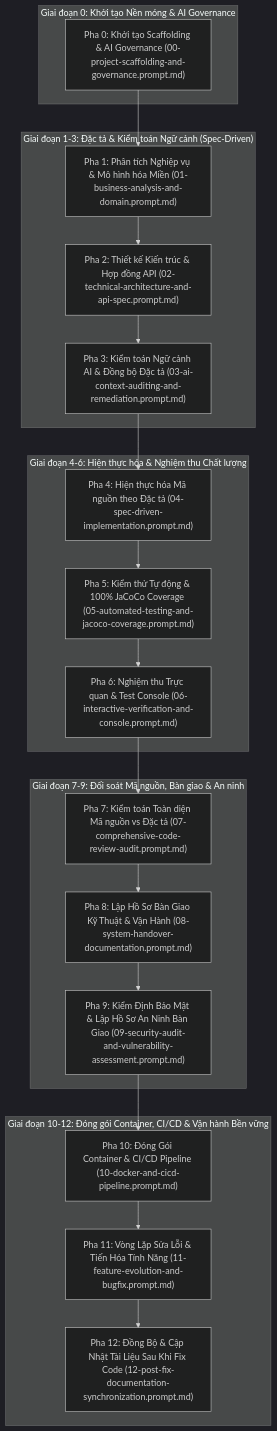
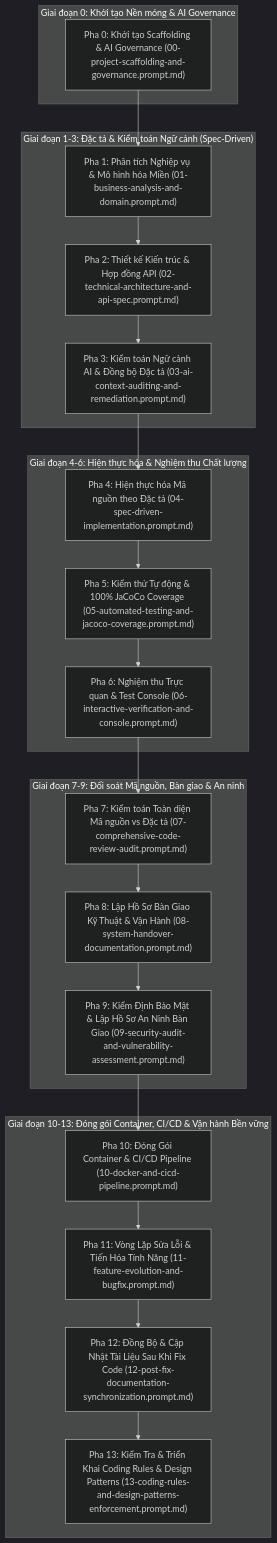
One commit to duongbaphuc/ai-native-oms-api changed the diagram in docs/prompt/01-sdlc-playbook/00-MASTER-AI-NATIVE-SDLC-PLAYBOOK.md. Above: the diagram before and after it, drawn with Mermaid (dark theme). The commit also changed other lines of this file and 4 other files, not shown here.

Commit message:
feat(prompt): add Phase 13 prompt to check and enforce Oracle coding rules and design patterns

````diff
--- a/docs/prompt/01-sdlc-playbook/00-MASTER-AI-NATIVE-SDLC-PLAYBOOK.md
+++ b/docs/prompt/01-sdlc-playbook/00-MASTER-AI-NATIVE-SDLC-PLAYBOOK.md
@@ -9,30 +9,31 @@
 ```mermaid
 graph TD
     subgraph "Giai đoạn 0: Khởi tạo Nền móng & AI Governance"
         P0["Pha 0: Khởi tạo Scaffolding & AI Governance (00-project-scaffolding-and-governance.prompt.md)"]
     end
 
     subgraph "Giai đoạn 1-3: Đặc tả & Kiểm toán Ngữ cảnh (Spec-Driven)"
         P0 --> P1["Pha 1: Phân tích Nghiệp vụ & Mô hình hóa Miền (01-business-analysis-and-domain.prompt.md)"]
         P1 --> P2["Pha 2: Thiết kế Kiến trúc & Hợp đồng API (02-technical-architecture-and-api-spec.prompt.md)"]
         P2 --> P3["Pha 3: Kiểm toán Ngữ cảnh AI & Đồng bộ Đặc tả (03-ai-context-auditing-and-remediation.prompt.md)"]
     end
 
     subgraph "Giai đoạn 4-6: Hiện thực hóa & Nghiệm thu Chất lượng"
         P3 --> P4["Pha 4: Hiện thực hóa Mã nguồn theo Đặc tả (04-spec-driven-implementation.prompt.md)"]
         P4 --> P5["Pha 5: Kiểm thử Tự động & 100% JaCoCo Coverage (05-automated-testing-and-jacoco-coverage.prompt.md)"]
         P5 --> P6["Pha 6: Nghiệm thu Trực quan & Test Console (06-interactive-verification-and-console.prompt.md)"]
     end
 
     subgraph "Giai đoạn 7-9: Đối soát Mã nguồn, Bàn giao & An ninh"
         P6 --> P7["Pha 7: Kiểm toán Toàn diện Mã nguồn vs Đặc tả (07-comprehensive-code-review-audit.prompt.md)"]
         P7 --> P8["Pha 8: Lập Hồ Sơ Bàn Giao Kỹ Thuật & Vận Hành (08-system-handover-documentation.prompt.md)"]
         P8 --> P9["Pha 9: Kiểm Định Bảo Mật & Lập Hồ Sơ An Ninh Bàn Giao (09-security-audit-and-vulnerability-assessment.prompt.md)"]
     end
 
-    subgraph "Giai đoạn 10-12: Đóng gói Container, CI/CD & Vận hành Bền vững"
+    subgraph "Giai đoạn 10-13: Đóng gói Container, CI/CD & Vận hành Bền vững"
         P9 --> P10["Pha 10: Đóng Gói Container & CI/CD Pipeline (10-docker-and-cicd-pipeline.prompt.md)"]
         P10 --> P11["Pha 11: Vòng Lặp Sửa Lỗi & Tiến Hóa Tính Năng (11-feature-evolution-and-bugfix.prompt.md)"]
         P11 --> P12["Pha 12: Đồng Bộ & Cập Nhật Tài Liệu Sau Khi Fix Code (12-post-fix-documentation-synchronization.prompt.md)"]
+        P12 --> P13["Pha 13: Kiểm Tra & Triển Khai Coding Rules & Design Patterns (13-coding-rules-and-design-patterns-enforcement.prompt.md)"]
     end
 ```
````
